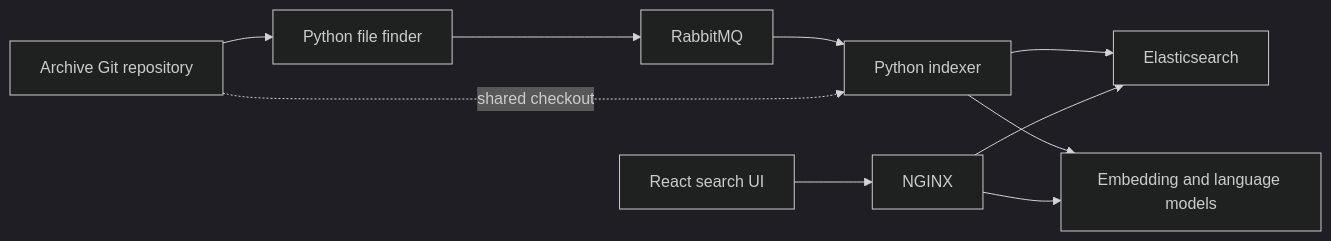
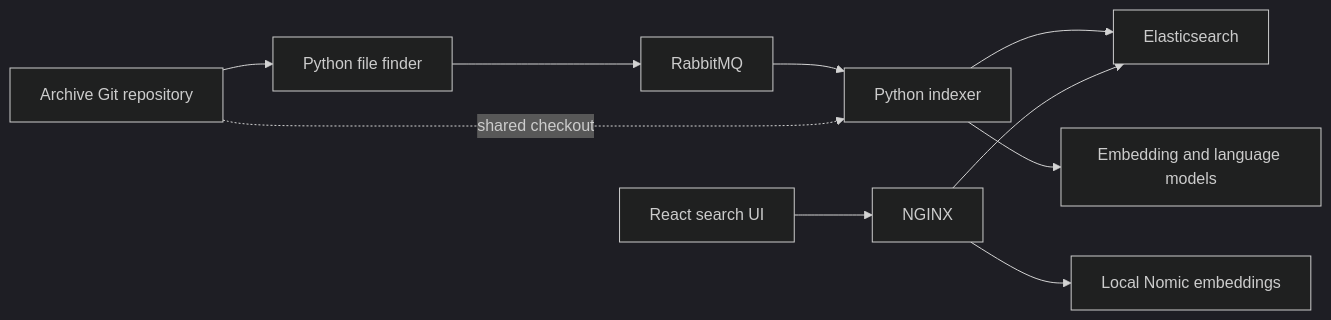
Before and after one commit to dbsanfte/eq-archives-software: the diagram in README.md, drawn with Mermaid (dark theme). The commit also changed other lines of this file and 17 other files, not shown here.

Commit message:
Deploy local Nomic embeddings on the Radeon iGPU

````diff
--- a/README.md
+++ b/README.md
@@ -24,12 +24,12 @@
 ```mermaid
 flowchart LR
     Archive[Archive Git repository] --> Finder[Python file finder]
     Finder --> Queue[RabbitMQ]
     Queue --> Worker[Python indexer]
     Archive -. shared checkout .-> Worker
     Worker --> ES[Elasticsearch]
     Worker --> Models[Embedding and language models]
     Browser[React search UI] --> Proxy[NGINX]
     Proxy --> ES
-    Proxy --> Models
+    Proxy --> Embeddings[Local Nomic embeddings]
 ```
````
